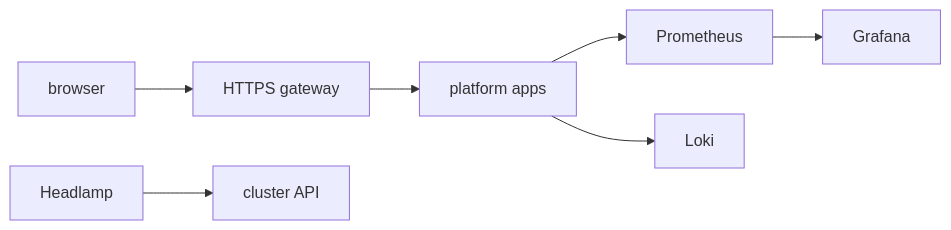
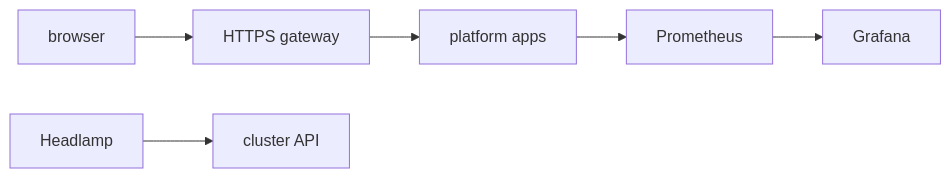
The ninth of 10 diagrams in kubernetes/kind/README.md (nickromney/platform), drawn with Mermaid before and after one commit. The commit also changed other lines of this file and 152 other files, not shown here.

````diff
--- a/kubernetes/kind/README.md
+++ b/kubernetes/kind/README.md
@@ -435,9 +430,8 @@
 ```mermaid
 flowchart LR
     user["browser"] --> https["HTTPS gateway"]
     https --> apps["platform apps"]
     apps --> prom["Prometheus"]
-    apps --> loki["Loki"]
     prom --> graf["Grafana"]
     headlamp["Headlamp"] --> cluster["cluster API"]
 ```
````
